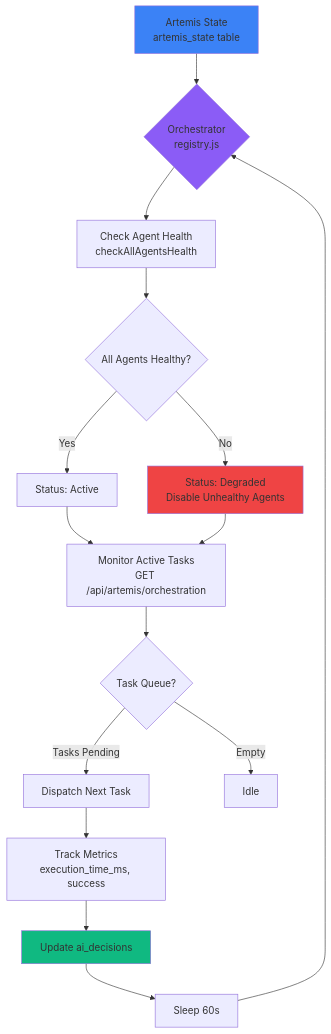
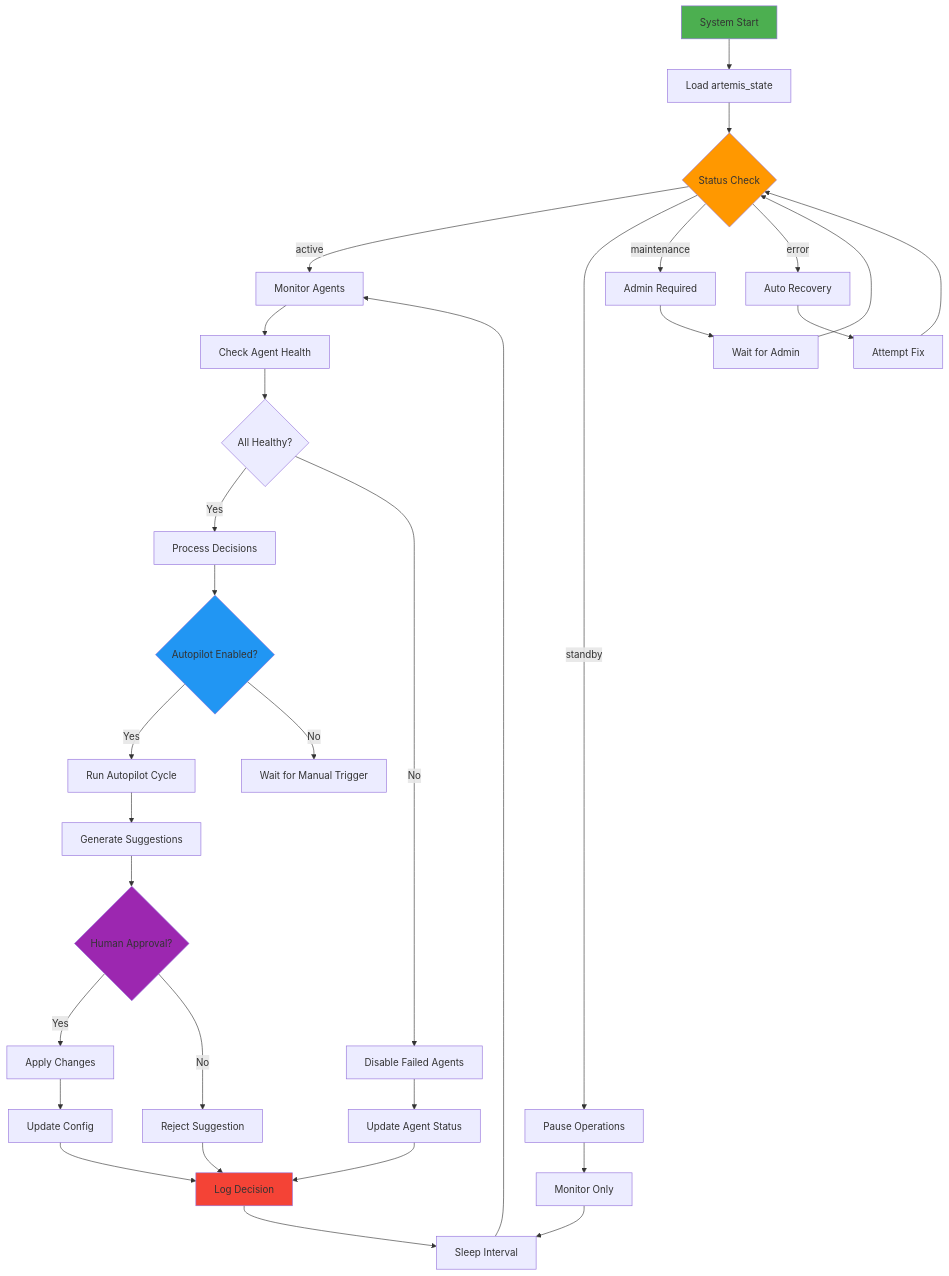
The fourth of 5 diagrams in docs/Titan_AI_SSoT.md (sepehrraeisi/TitanGold), drawn with Mermaid before and after one commit. The commit also changed other lines of this file, not shown here.

````diff
--- a/docs/Titan_AI_SSoT.md
+++ b/docs/Titan_AI_SSoT.md
@@ -787,24 +548,49 @@
 ```mermaid
-flowchart TD
-    A[Artemis State<br/>artemis_state table] --> B{Orchestrator<br/>registry.js}
-    B --> C[Check Agent Health<br/>checkAllAgentsHealth]
-    C --> D{All Agents Healthy?}
-    D -->|Yes| E[Status: Active]
-    D -->|No| F[Status: Degraded<br/>Disable Unhealthy Agents]
+graph TD
+    A[System Start] --> B[Load artemis_state]
+    B --> C{Status Check}
     
-    E --> G[Monitor Active Tasks<br/>GET /api/artemis/orchestration]
-    F --> G
-    G --> H{Task Queue?}
-    H -->|Tasks Pending| I[Dispatch Next Task]
-    H -->|Empty| J[Idle]
+    C -->|active| D[Monitor Agents]
+    C -->|standby| E[Pause Operations]
+    C -->|maintenance| F[Admin Required]
+    C -->|error| G[Auto Recovery]
     
-    I --> K[Track Metrics<br/>execution_time_ms, success]
-    K --> L[Update ai_decisions]
-    L --> M[Sleep 60s]
-    M --> B
+    D --> H[Check Agent Health]
+    H --> I{All Healthy?}
+    I -->|Yes| J[Process Decisions]
+    I -->|No| K[Disable Failed Agents]
     
-    style A fill:#3b82f6
-    style B fill:#8b5cf6
-    style F fill:#ef4444
-    style L fill:#10b981
+    J --> L{Autopilot Enabled?}
+    L -->|Yes| M[Run Autopilot Cycle]
+    L -->|No| N[Wait for Manual Trigger]
+    
+    M --> O[Generate Suggestions]
+    O --> P{Human Approval?}
+    P -->|Yes| Q[Apply Changes]
+    P -->|No| R[Reject Suggestion]
+    
+    Q --> S[Update Config]
+    S --> T[Log Decision]
+    
+    K --> U[Update Agent Status]
+    U --> T
+    R --> T
+    
+    T --> V[Sleep Interval]
+    V --> D
+    
+    E --> W[Monitor Only]
+    W --> V
+    
+    F --> X[Wait for Admin]
+    X --> C
+    
+    G --> Y[Attempt Fix]
+    Y --> C
+    
+    style A fill:#4CAF50
+    style C fill:#FF9800
+    style L fill:#2196F3
+    style P fill:#9C27B0
+    style T fill:#F44336
 ```
````
